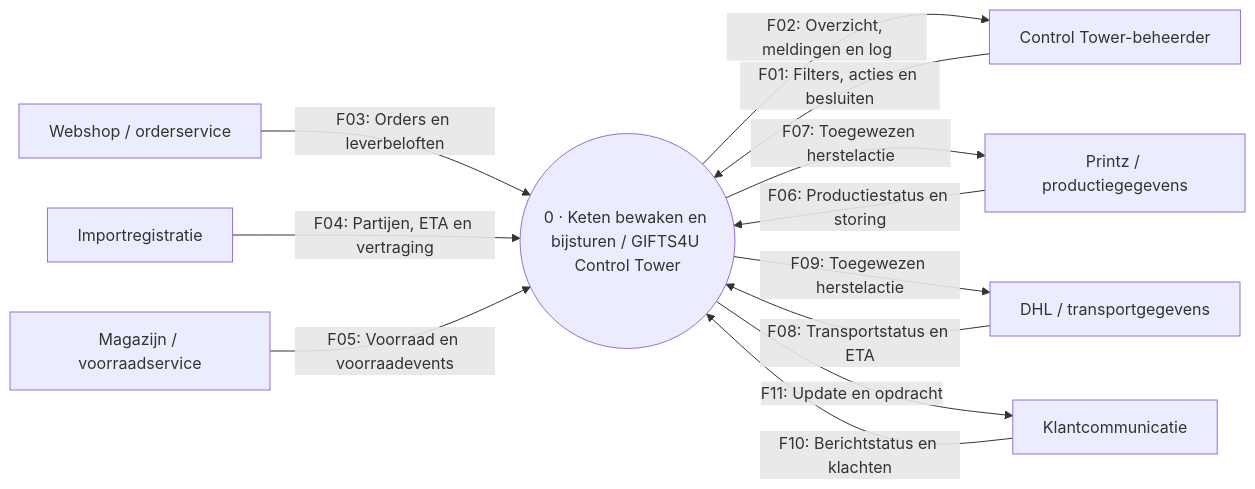
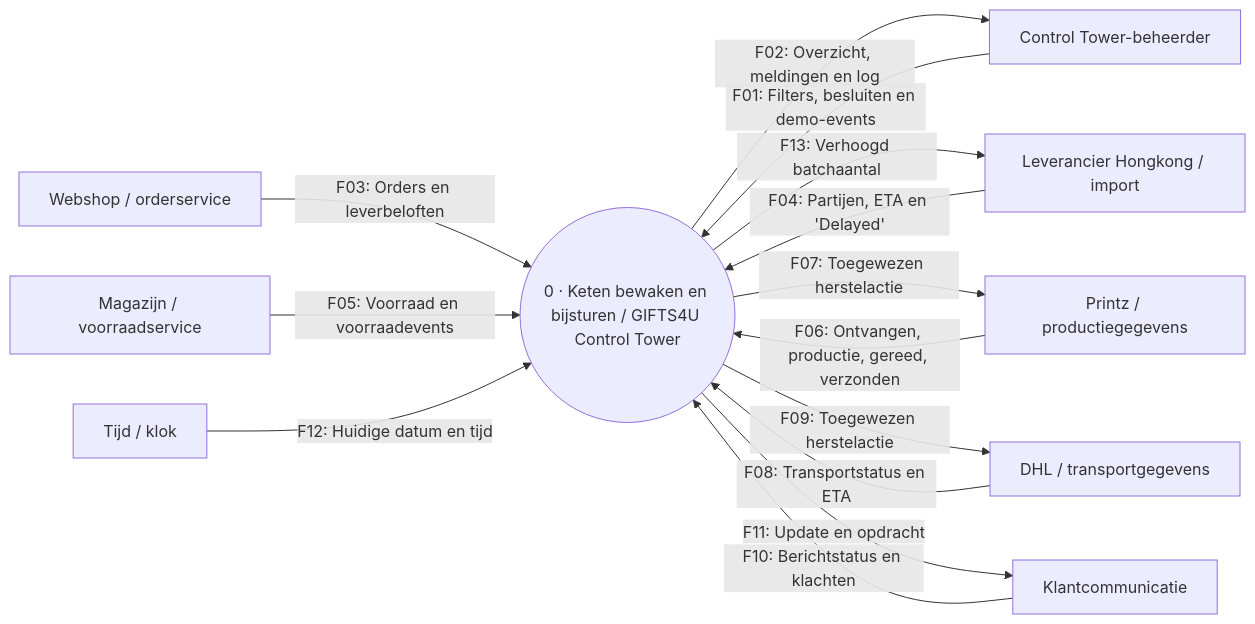
One commit to Immanuel-Cairo/gifts4u-control-tower changed the diagram in products/system context/dfd-level-0.mmd. Above: the diagram before and after it, drawn with Mermaid. The commit also changed 6 other files, not shown here.

```diff
--- a/products/system context/dfd-level-0.mmd
+++ b/products/system context/dfd-level-0.mmd
@@ -1,20 +1,23 @@
 flowchart LR
     platform(("0 · Keten bewaken en bijsturen / GIFTS4U Control Tower"))
     beheerder["Control Tower-beheerder"]
-    beheerder -->|"F01: Filters, acties en besluiten"| platform
+    beheerder -->|"F01: Filters, besluiten en demo-events"| platform
     platform -->|"F02: Overzicht, meldingen en log"| beheerder
     webshop["Webshop / orderservice"]
     webshop -->|"F03: Orders en leverbeloften"| platform
-    importService["Importregistratie"]
-    importService -->|"F04: Partijen, ETA en vertraging"| platform
+    importService["Leverancier Hongkong / import"]
+    importService -->|"F04: Partijen, ETA en 'Delayed'"| platform
+    platform -->|"F13: Verhoogd batchaantal"| importService
     voorraad["Magazijn / voorraadservice"]
     voorraad -->|"F05: Voorraad en voorraadevents"| platform
     printz["Printz / productiegegevens"]
-    printz -->|"F06: Productiestatus en storing"| platform
+    printz -->|"F06: Ontvangen, productie, gereed, verzonden"| platform
     platform -->|"F07: Toegewezen herstelactie"| printz
     dhl["DHL / transportgegevens"]
     dhl -->|"F08: Transportstatus en ETA"| platform
     platform -->|"F09: Toegewezen herstelactie"| dhl
     communicatie["Klantcommunicatie"]
     communicatie -->|"F10: Berichtstatus en klachten"| platform
     platform -->|"F11: Update en opdracht"| communicatie
+    klok["Tijd / klok"]
+    klok -->|"F12: Huidige datum en tijd"| platform
```
